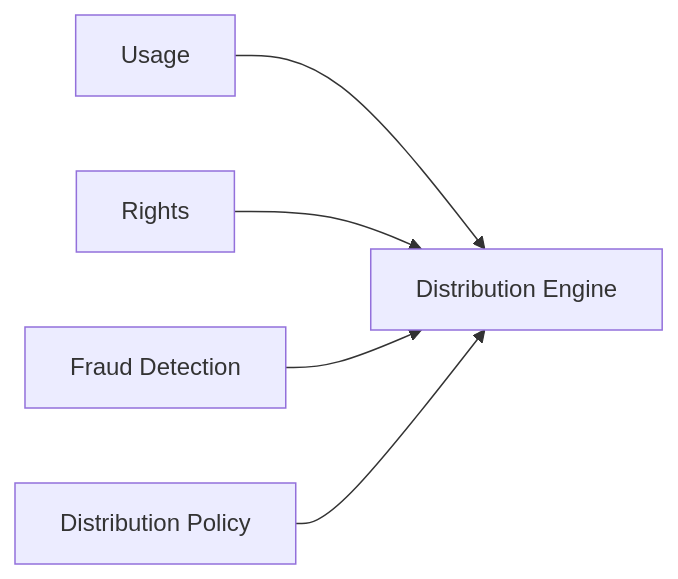
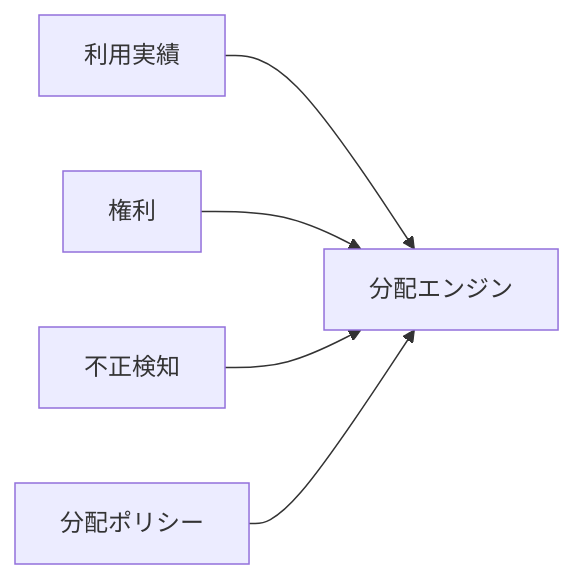
Before and after one commit to ShigeichiroYamasaki/creator-first-platform: diagram 14 of 47 in docs/whitepaper/13-roadmap.md, drawn with Mermaid. The commit also changed other lines of this file and 72 other files, not shown here.

````diff
--- a/docs/whitepaper/13-roadmap.md
+++ b/docs/whitepaper/13-roadmap.md
@@ -448,13 +448,13 @@
 ```mermaid
 flowchart LR
-    USAGE[Usage]
-    RIGHTS[Rights]
-    FRAUD[Fraud Detection]
-    POLICY[Distribution Policy]
-    ENGINE[Distribution Engine]
+    USAGE[利用実績]
+    RIGHTS[権利]
+    FRAUD[不正検知]
+    POLICY[分配ポリシー]
+    ENGINE[分配エンジン]
 
     USAGE --> ENGINE
     RIGHTS --> ENGINE
     FRAUD --> ENGINE
     POLICY --> ENGINE
 ```
````
